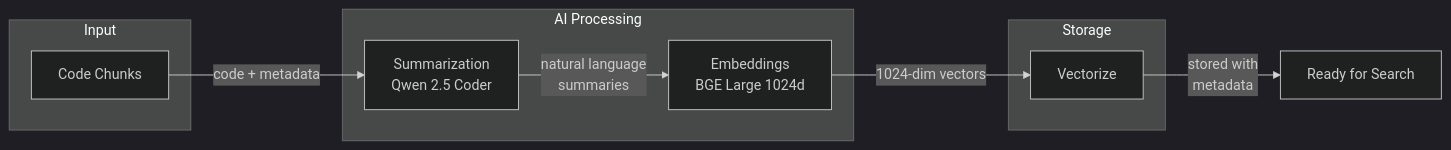
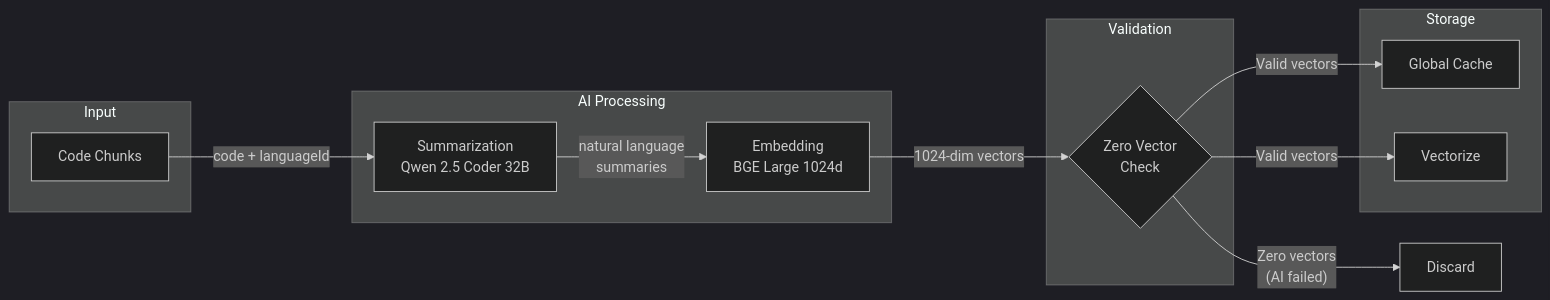
One commit to poridhioss/indexing-system-poc changed the fourth of 5 diagrams in Documentation/Lab-09/README.md. Above: the diagram before and after it, drawn with Mermaid (dark theme). The commit also changed other lines of this file and 133 other files, not shown here.

````diff
--- a/Documentation/Lab-09/README.md
+++ b/Documentation/Lab-09/README.md
@@ -61,20 +198,27 @@
 ```mermaid
 flowchart LR
     subgraph Input
         A[Code Chunks]
     end
 
-    subgraph AI Processing
-        B[Summarization<br/>Qwen 2.5 Coder]
-        C[Embeddings<br/>BGE Large 1024d]
+    subgraph "AI Processing"
+        B[Summarization<br/>Qwen 2.5 Coder 32B]
+        C[Embedding<br/>BGE Large 1024d]
     end
 
-    subgraph Storage
-        D[Vectorize]
+    subgraph "Validation"
+        D{Zero Vector<br/>Check}
     end
 
-    A -->|"code + metadata"| B
+    subgraph "Storage"
+        E[Global Cache]
+        F[Vectorize]
+    end
+
+    A -->|"code + languageId"| B
     B -->|"natural language<br/>summaries"| C
     C -->|"1024-dim vectors"| D
-    D -->|"stored with<br/>metadata"| E[Ready for Search]
+    D -->|"Valid vectors"| E
+    D -->|"Valid vectors"| F
+    D -->|"Zero vectors<br/>(AI failed)"| G[Discard]
 ```
````
